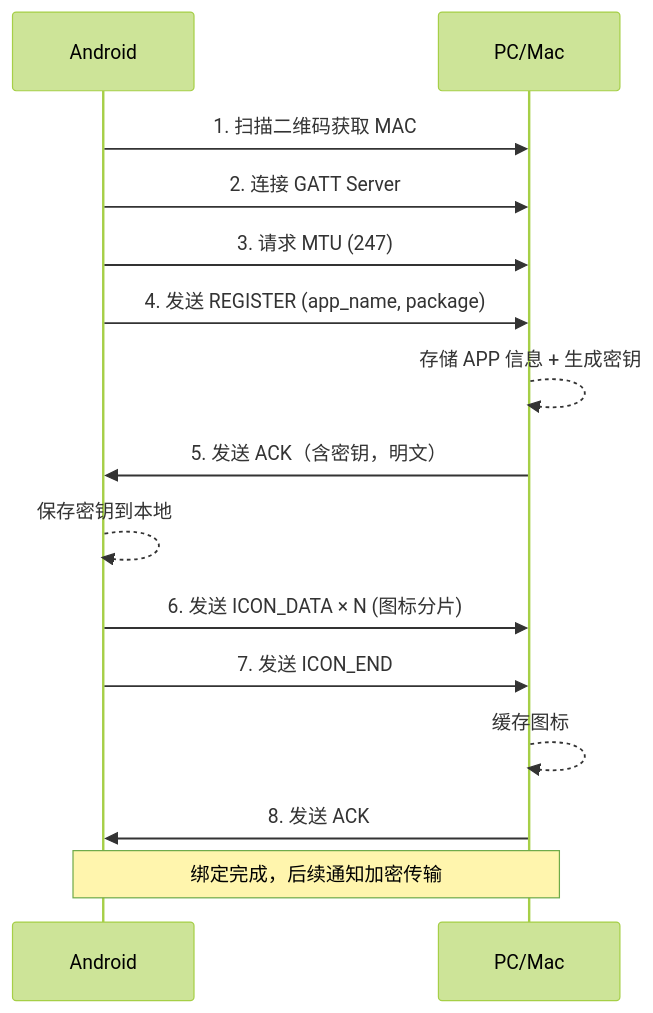
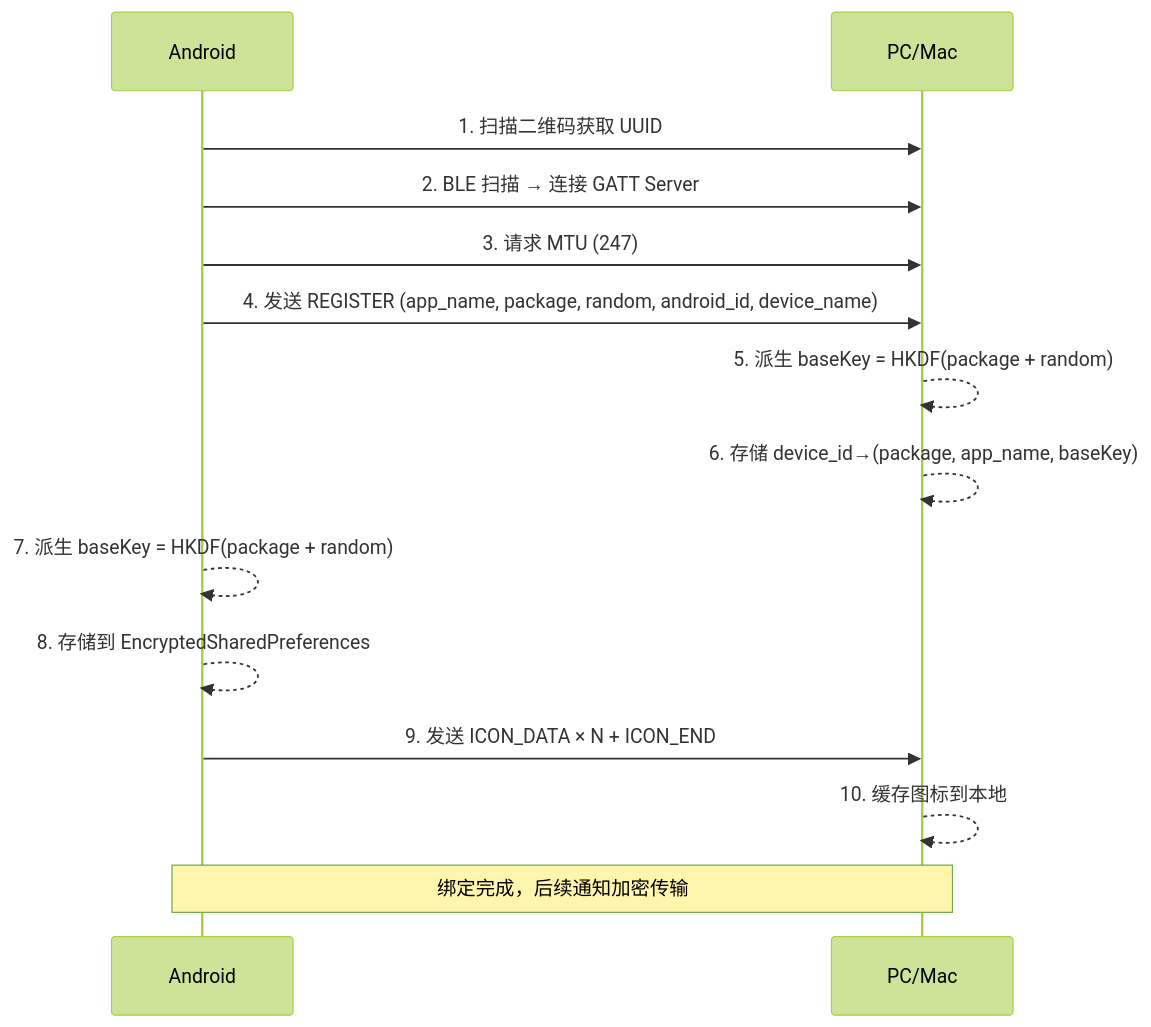
Before and after one commit to BladeFong/BleNotificationSync: the second of 5 diagrams in docs/superpowers/specs/2026-07-10-ble-notification-sync-design.md, drawn with Mermaid (forest theme). The commit also changed other lines of this file and 7 other files, not shown here.

````diff
--- a/docs/superpowers/specs/2026-07-10-ble-notification-sync-design.md
+++ b/docs/superpowers/specs/2026-07-10-ble-notification-sync-design.md
@@ -306,18 +304,17 @@
 ```mermaid
 sequenceDiagram
     participant A as Android
     participant P as PC/Mac
 
-    A->>P: 1. 扫描二维码获取 MAC
-    A->>P: 2. 连接 GATT Server
+    A->>P: 1. 扫描二维码获取 UUID
+    A->>P: 2. BLE 扫描 → 连接 GATT Server
     A->>P: 3. 请求 MTU (247)
-    A->>P: 4. 发送 REGISTER (app_name, package)
-    P-->>P: 存储 APP 信息 + 生成密钥
-    P->>A: 5. 发送 ACK（含密钥，明文）
-    A-->>A: 保存密钥到本地
-    A->>P: 6. 发送 ICON_DATA × N (图标分片)
-    A->>P: 7. 发送 ICON_END
-    P-->>P: 缓存图标
-    P->>A: 8. 发送 ACK
+    A->>P: 4. 发送 REGISTER (app_name, package, random, android_id, device_name)
+    P-->>P: 5. 派生 baseKey = HKDF(package + random)
+    P-->>P: 6. 存储 device_id→(package, app_name, baseKey)
+    A-->>A: 7. 派生 baseKey = HKDF(package + random)
+    A-->>A: 8. 存储到 EncryptedSharedPreferences
+    A->>P: 9. 发送 ICON_DATA × N + ICON_END
+    P-->>P: 10. 缓存图标到本地
     Note over A,P: 绑定完成，后续通知加密传输
 ```
````
